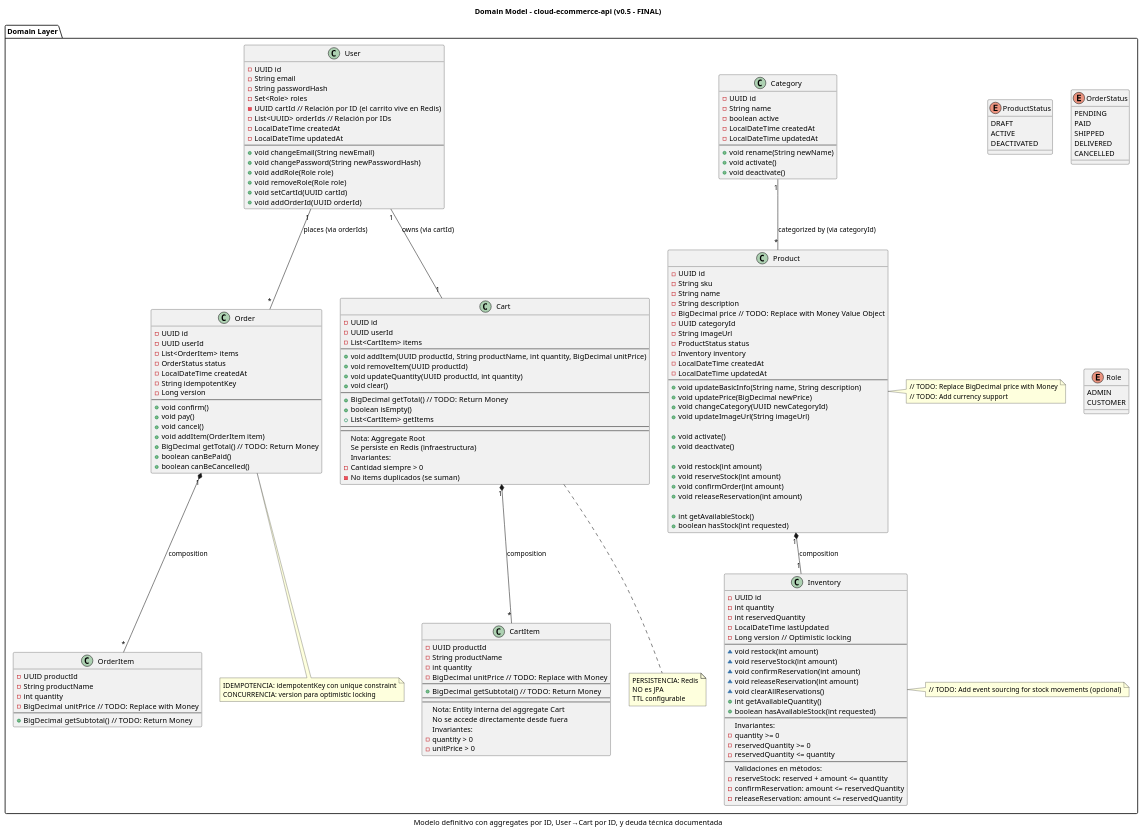
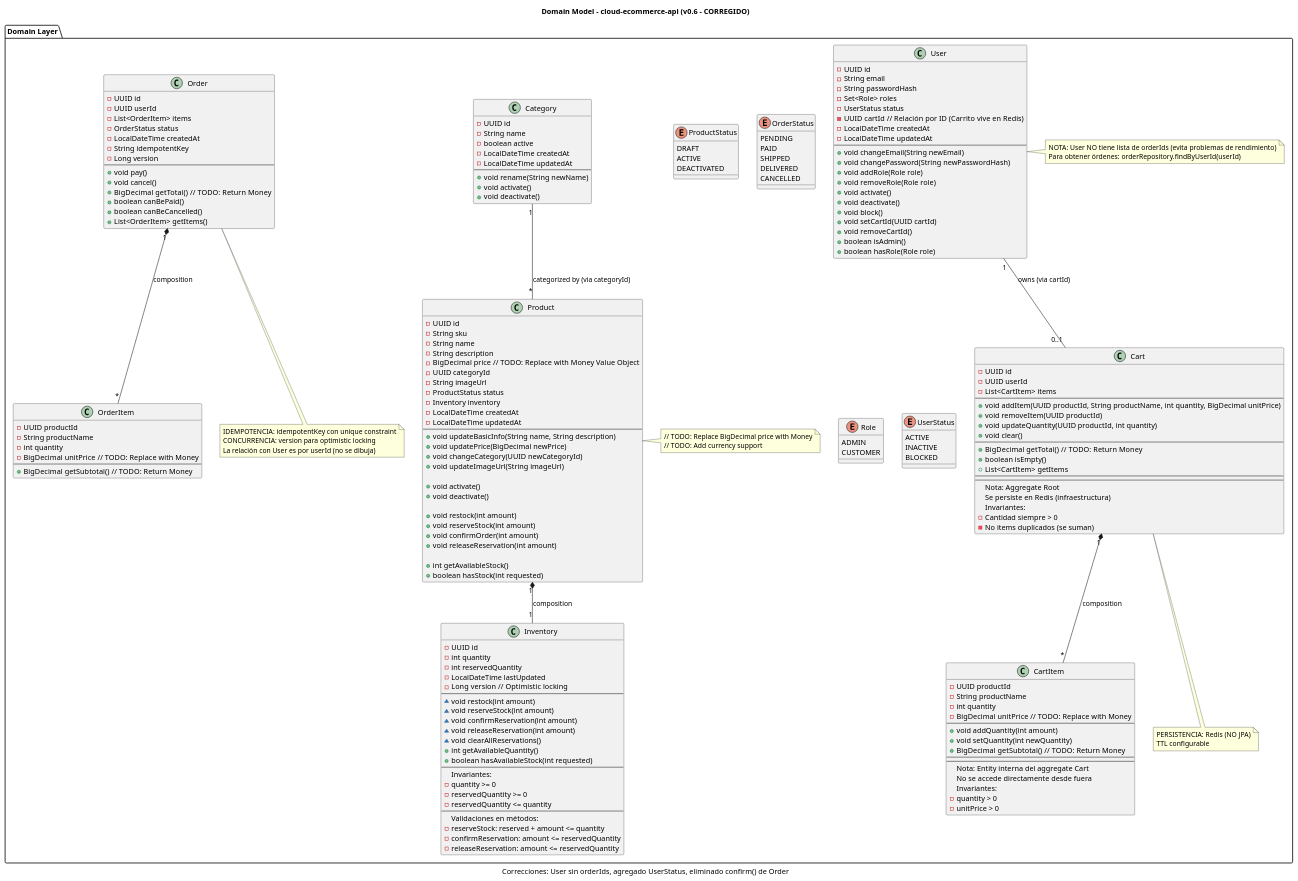
The diagram in docs/diagrams/domain-model.puml (marcobustosblas/cloud-ecommerce-api), drawn with PlantUML before and after one commit.

Commit message:
docs(diagram): update domain model to v0.6 with User corrections

```diff
--- a/docs/diagrams/domain-model.puml
+++ b/docs/diagrams/domain-model.puml
@@ -1,7 +1,7 @@
 @startuml
-title Domain Model - cloud-ecommerce-api (v0.5 - FINAL)
-caption Autor: Marco Orlando Bustos Blas - Fecha: 2026-03-25
-caption Modelo definitivo con aggregates por ID, User→Cart por ID, y deuda técnica documentada
+title Domain Model - cloud-ecommerce-api (v0.6 - CORREGIDO)
+caption Autor: Marco Orlando Bustos Blas - Fecha: 2026-04-13
+caption Correcciones: User sin orderIds, agregado UserStatus, eliminado confirm() de Order
 
 package "Domain Layer" {
 
@@ -96,13 +96,12 @@
         - String idempotentKey
         - Long version
         ---
-        + void confirm()
         + void pay()
         + void cancel()
-        + void addItem(OrderItem item)
         + BigDecimal getTotal()  // TODO: Return Money
         + boolean canBePaid()
         + boolean canBeCancelled()
+        + List<OrderItem> getItems()
     }
 
     class OrderItem {
@@ -142,6 +141,8 @@
         - int quantity
         - BigDecimal unitPrice  // TODO: Replace with Money
         ---
+        + void addQuantity(int amount)
+        + void setQuantity(int newQuantity)
         + BigDecimal getSubtotal()  // TODO: Return Money
         ---
         --
@@ -157,13 +158,19 @@
         CUSTOMER
     }
 
+    enum UserStatus {
+        ACTIVE
+        INACTIVE
+        BLOCKED
+    }
+
     class User {
         - UUID id
         - String email
         - String passwordHash
         - Set<Role> roles
-        - UUID cartId  // Relación por ID (el carrito vive en Redis)
-        - List<UUID> orderIds  // Relación por IDs
+        - UserStatus status
+        - UUID cartId  // Relación por ID (Carrito vive en Redis)
         - LocalDateTime createdAt
         - LocalDateTime updatedAt
         ---
@@ -171,17 +178,24 @@
         + void changePassword(String newPasswordHash)
         + void addRole(Role role)
         + void removeRole(Role role)
+        + void activate()
+        + void deactivate()
+        + void block()
         + void setCartId(UUID cartId)
-        + void addOrderId(UUID orderId)
+        + void removeCartId()
+        + boolean isAdmin()
+        + boolean hasRole(Role role)
     }
 
-    ' Relaciones (DEFINITIVAS)
+    ' Relaciones (CORREGIDAS)
     Category "1" -- "*" Product : categorized by (via categoryId)
     Product "1" *-- "1" Inventory : composition
-    User "1" -- "1" Cart : owns (via cartId)
-    User "1" -- "*" Order : places (via orderIds)
+    User "1" -- "0..1" Cart : owns (via cartId)
     Order "1" *-- "*" OrderItem : composition
     Cart "1" *-- "*" CartItem : composition
+
+    '' NOTA: Order NO tiene relación directa en el diagrama con User
+    '' La relación es por userId (consulta inversa en repositorio)
 
     note right of Product
         // TODO: Replace BigDecimal price with Money
@@ -189,18 +203,19 @@
     end note
 
     note bottom of Cart
-        PERSISTENCIA: Redis
-        NO es JPA
+        PERSISTENCIA: Redis (NO JPA)
         TTL configurable
     end note
 
     note bottom of Order
         IDEMPOTENCIA: idempotentKey con unique constraint
         CONCURRENCIA: version para optimistic locking
+        La relación con User es por userId (no se dibuja)
     end note
 
-    note right of Inventory
-        // TODO: Add event sourcing for stock movements (opcional)
+    note right of User
+        NOTA: User NO tiene lista de orderIds (evita problemas de rendimiento)
+        Para obtener órdenes: orderRepository.findByUserId(userId)
     end note
 }
 @enduml
```
